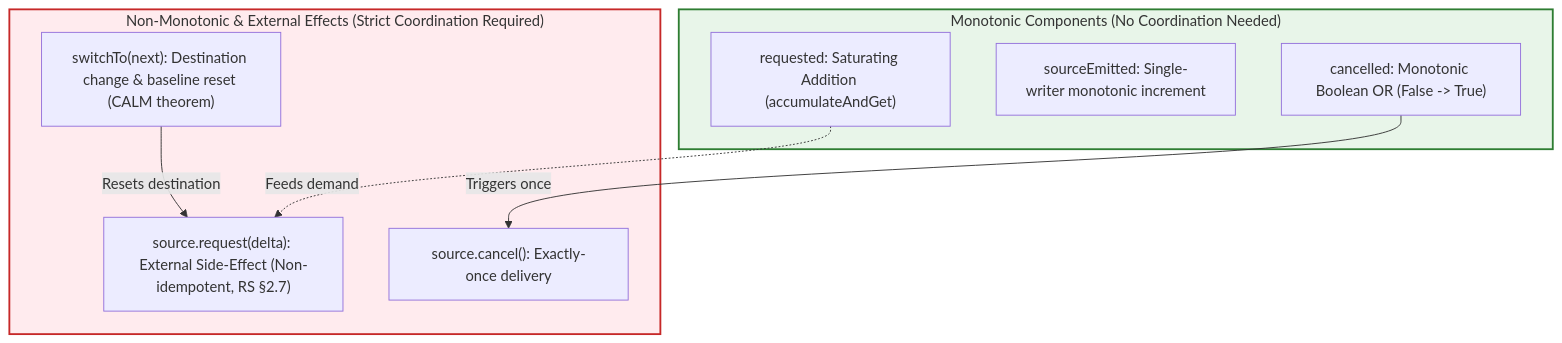
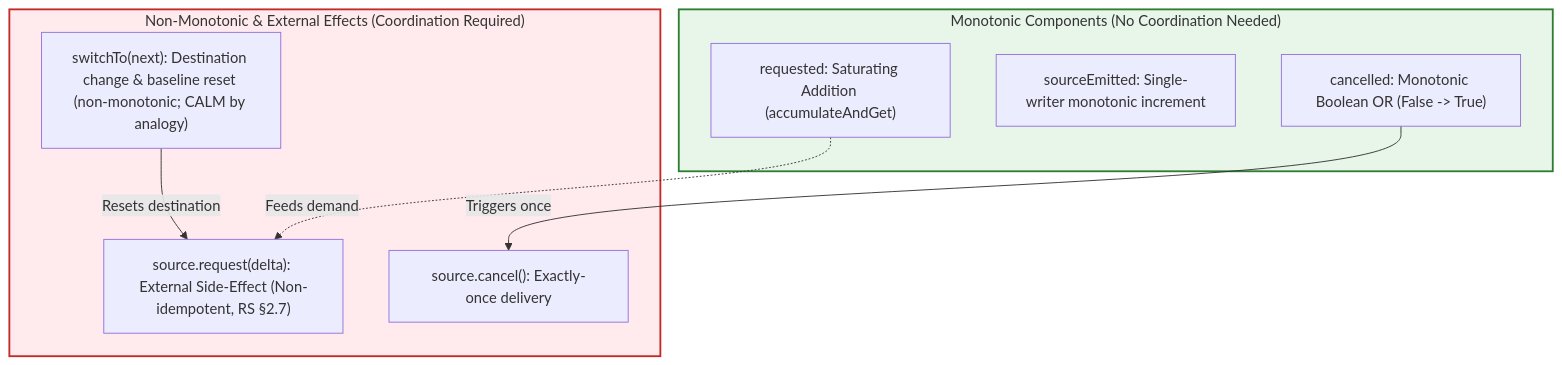
The fourth of 4 diagrams in ARCHIFY.md (tuannx/concurrency-paradigms-lab), drawn with Mermaid before and after one commit. The commit also changed other lines of this file and 9 other files, not shown here.

````diff
--- a/ARCHIFY.md
+++ b/ARCHIFY.md
@@ -184,21 +184,21 @@
 ```mermaid
 graph TD
     subgraph Monotonic ["Monotonic Components (No Coordination Needed)"]
         REQ["requested: Saturating Addition (accumulateAndGet)"]
         EMIT["sourceEmitted: Single-writer monotonic increment"]
         CAN["cancelled: Monotonic Boolean OR (False -> True)"]
     end
 
-    subgraph NonMonotonic ["Non-Monotonic & External Effects (Strict Coordination Required)"]
-        SW["switchTo(next): Destination change & baseline reset (CALM theorem)"]
+    subgraph NonMonotonic ["Non-Monotonic & External Effects (Coordination Required)"]
+        SW["switchTo(next): Destination change & baseline reset (non-monotonic; CALM by analogy)"]
         DELIV["source.request(delta): External Side-Effect (Non-idempotent, RS §2.7)"]
         CANCEL_EFF["source.cancel(): Exactly-once delivery"]
     end
 
     REQ -.->|Feeds demand| DELIV
     SW -->|Resets destination| DELIV
     CAN -->|Triggers once| CANCEL_EFF
 
     style NonMonotonic fill:#ffebee,stroke:#c62828,stroke-width:2px
     style Monotonic fill:#e8f5e9,stroke:#2e7d32,stroke-width:2px
 ```
````
